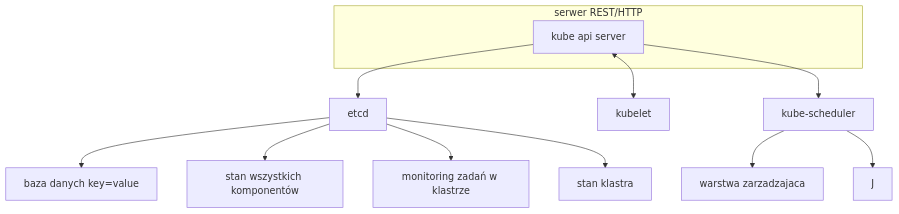
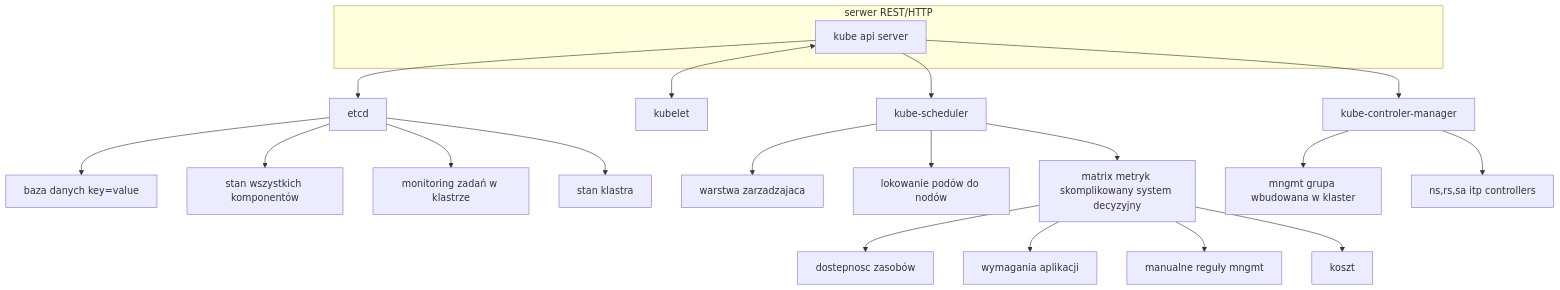
One commit to DanyAAD90/k8s_understanding changed the diagram in README.md. Above: the diagram before and after it, drawn with Mermaid.

````diff
--- a/README.md
+++ b/README.md
@@ -4,15 +4,23 @@
 ```mermaid
 flowchart TD
 A[kube api server] --> B[etcd]
 A <--> C[kubelet]
 B --> D[baza danych key=value]
 B --> E[stan wszystkich komponentów]
 B --> F[monitoring zadań w klastrze]
 B --> G[stan klastra]
 A --> H[kube-scheduler]
 H --> I[warstwa zarzadzajaca]
-H --> J
+H --> J[lokowanie podów do nodów]
+H --> K[matrix metryk skomplikowany system decyzyjny]
+K --> L[dostepnosc zasobów]
+K --> M[wymagania aplikacji]
+K --> N[manualne reguły mngmt]
+K --> O[koszt]
+A --> P[kube-controler-manager]
+P --> R[mngmt grupa wbudowana w klaster]
+P --> S[ns,rs,sa itp controllers]
 subgraph serwer REST/HTTP
 A
 end
 ```
````
